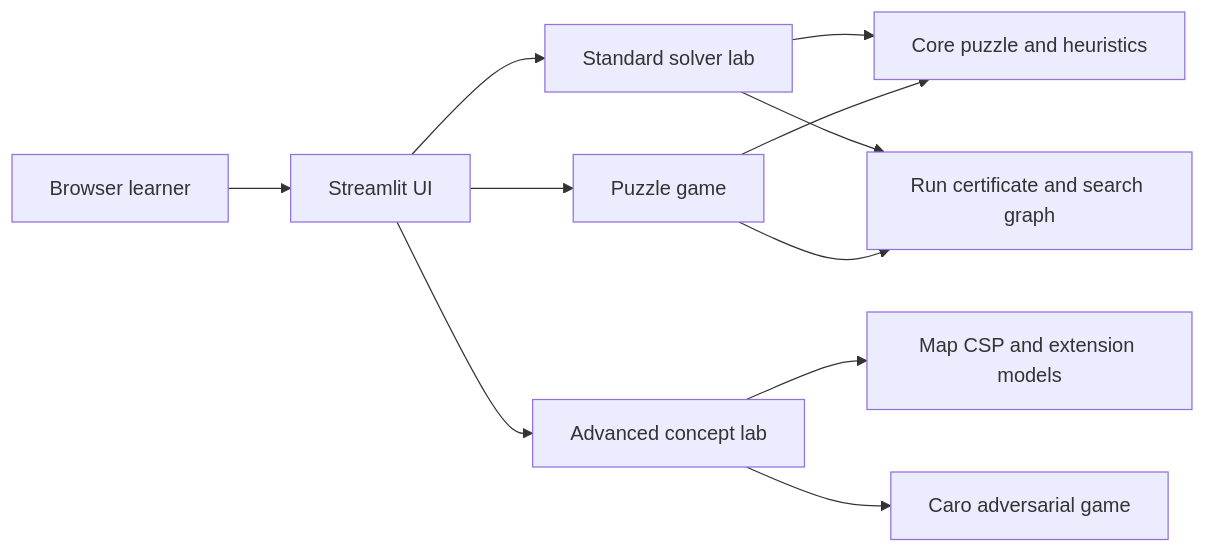
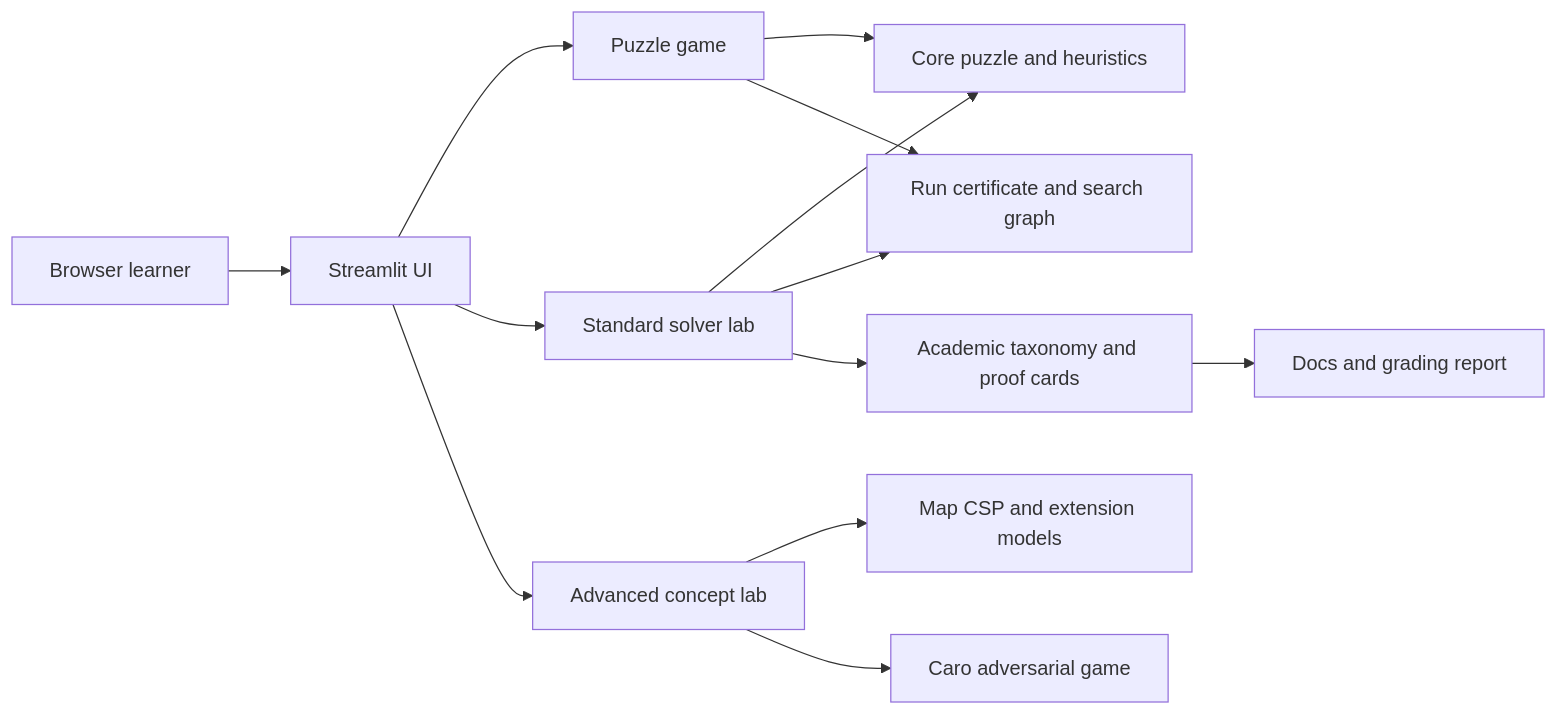
The diagram in docs/system-architecture.md (JasonTM17/AI_Algothrithm_Study_University), drawn with Mermaid before and after one commit. The commit also changed other lines of this file and 4 other files, not shown here.

````diff
--- a/docs/system-architecture.md
+++ b/docs/system-architecture.md
@@ -3,13 +3,15 @@
 ```mermaid
 flowchart LR
     U[Browser learner] --> S[Streamlit UI]
     S --> P[Puzzle game]
     S --> R[Standard solver lab]
     S --> A[Advanced concept lab]
     R --> C[Core puzzle and heuristics]
     R --> G[Run certificate and search graph]
+    R --> T[Academic taxonomy and proof cards]
     P --> C
     P --> G
     A --> M[Map CSP and extension models]
     A --> O[Caro adversarial game]
+    T --> D[Docs and grading report]
 ```
````
